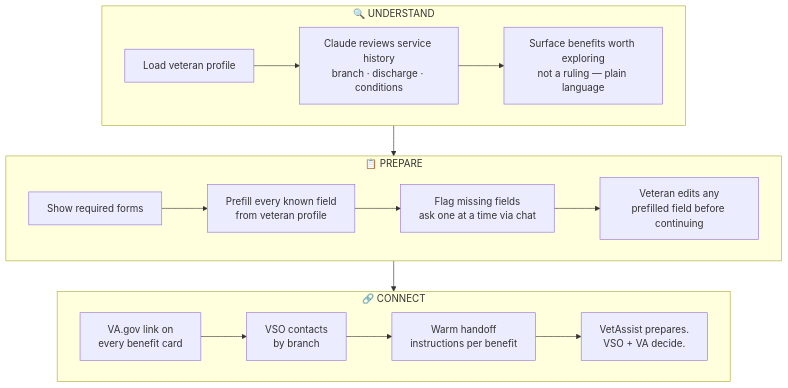
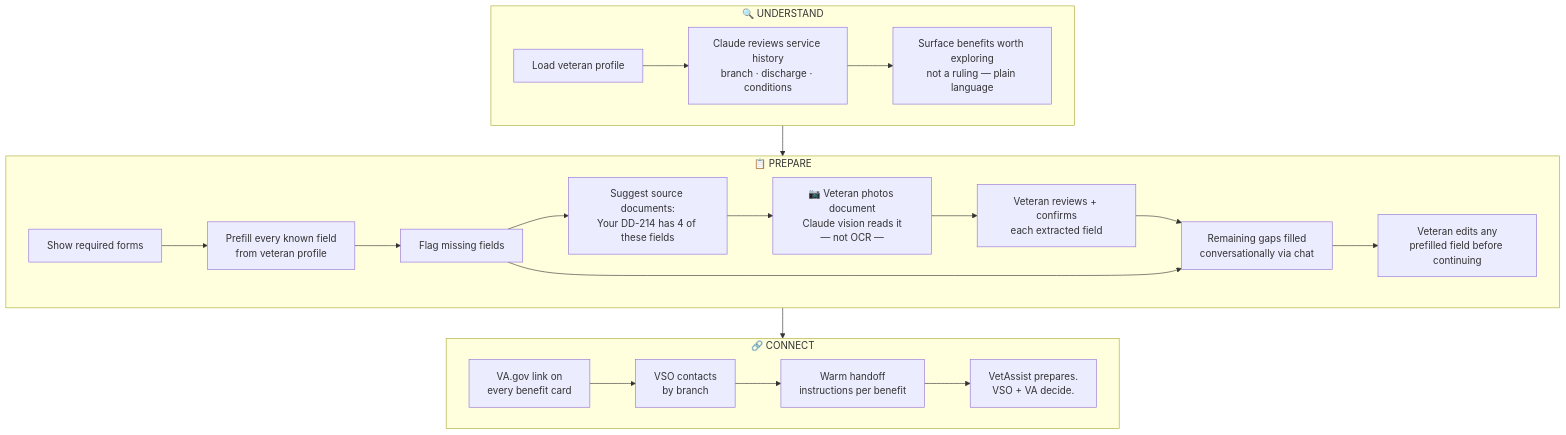
Before and after one commit to akaseahawk/VetAssist: the second of 8 diagrams in README.md, drawn with Mermaid. The commit also changed other lines of this file and 4 other files, not shown here.

Commit message:
docs: document photo-to-prefill story — add to all READMEs, diagrams, and service maps

````diff
--- a/README.md
+++ b/README.md
@@ -87,27 +91,34 @@
 ```mermaid
 flowchart TD
     subgraph UNDERSTAND["🔍 UNDERSTAND"]
         U1[Load veteran profile]
         U2[Claude reviews service history\nbranch · discharge · conditions]
         U3[Surface benefits worth exploring\nnot a ruling — plain language]
         U1 --> U2 --> U3
     end
 
     subgraph PREPARE["📋 PREPARE"]
         P1[Show required forms]
         P2[Prefill every known field\nfrom veteran profile]
-        P3[Flag missing fields\nask one at a time via chat]
-        P4[Veteran edits any\nprefilled field before continuing]
-        P1 --> P2 --> P3 --> P4
+        P3[Flag missing fields]
+        P4["Suggest source documents:\nYour DD-214 has 4 of these fields"]
+        P5["📷 Veteran photos document\nClaude vision reads it\n— not OCR —"]
+        P6[Veteran reviews + confirms\neach extracted field]
+        P7[Remaining gaps filled\nconversationally via chat]
+        P8[Veteran edits any\nprefilled field before continuing]
+        P1 --> P2 --> P3
+        P3 --> P4 --> P5 --> P6 --> P7
+        P3 --> P7
+        P7 --> P8
     end
 
     subgraph CONNECT["🔗 CONNECT"]
         C1[VA.gov link on\nevery benefit card]
         C2[VSO contacts\nby branch]
         C3[Warm handoff\ninstructions per benefit]
         C4[VetAssist prepares.\nVSO + VA decide.]
         C1 --> C2 --> C3 --> C4
     end
 
     UNDERSTAND --> PREPARE --> CONNECT
 ```
````
